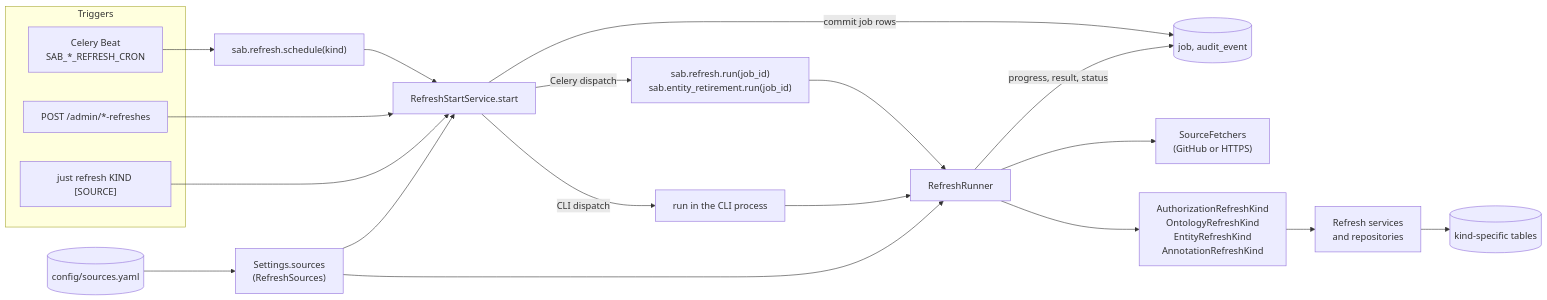
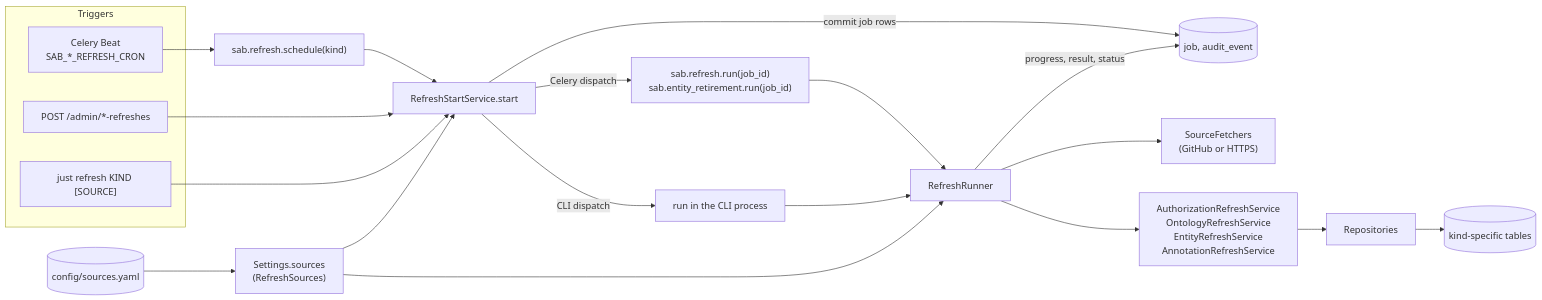
Before and after one commit to geneontology/standard-annotation-backend: the first of 5 diagrams in docs/refresh-infrastructure.md, drawn with Mermaid. The commit also changed other lines of this file and 45 other files, not shown here.

Commit message:
Fold RefreshKinds in to RefreshServices; let refresh runner manage the full lifecycle

````diff
--- a/docs/refresh-infrastructure.md
+++ b/docs/refresh-infrastructure.md
@@ -30,29 +30,29 @@
 ```mermaid
 flowchart LR
     subgraph Triggers
         beat["Celery Beat<br/>SAB_*_REFRESH_CRON"]
         api["POST /admin/*-refreshes"]
         cli["just refresh KIND [SOURCE]"]
     end
 
     yaml[("config/sources.yaml")] --> settings["Settings.sources<br/>(RefreshSources)"]
 
     beat --> sched["sab.refresh.schedule(kind)"]
     sched --> start["RefreshStartService.start"]
     api --> start
     cli --> start
     settings --> start
 
     start -->|"commit job rows"| jobs[("job, audit_event")]
     start -->|"Celery dispatch"| run["sab.refresh.run(job_id)<br/>sab.entity_retirement.run(job_id)"]
     start -->|"CLI dispatch"| inproc["run in the CLI process"]
 
     run --> runner["RefreshRunner"]
     inproc --> runner
     settings --> runner
     runner --> fetch["SourceFetchers<br/>(GitHub or HTTPS)"]
-    runner --> kinds["AuthorizationRefreshKind<br/>OntologyRefreshKind<br/>EntityRefreshKind<br/>AnnotationRefreshKind"]
-    kinds --> services["Refresh services<br/>and repositories"]
-    services --> tables[("kind-specific tables")]
+    runner --> services["AuthorizationRefreshService<br/>OntologyRefreshService<br/>EntityRefreshService<br/>AnnotationRefreshService"]
+    services --> repos["Repositories"]
+    repos --> tables[("kind-specific tables")]
     runner -->|"progress, result, status"| jobs
 ```
````
